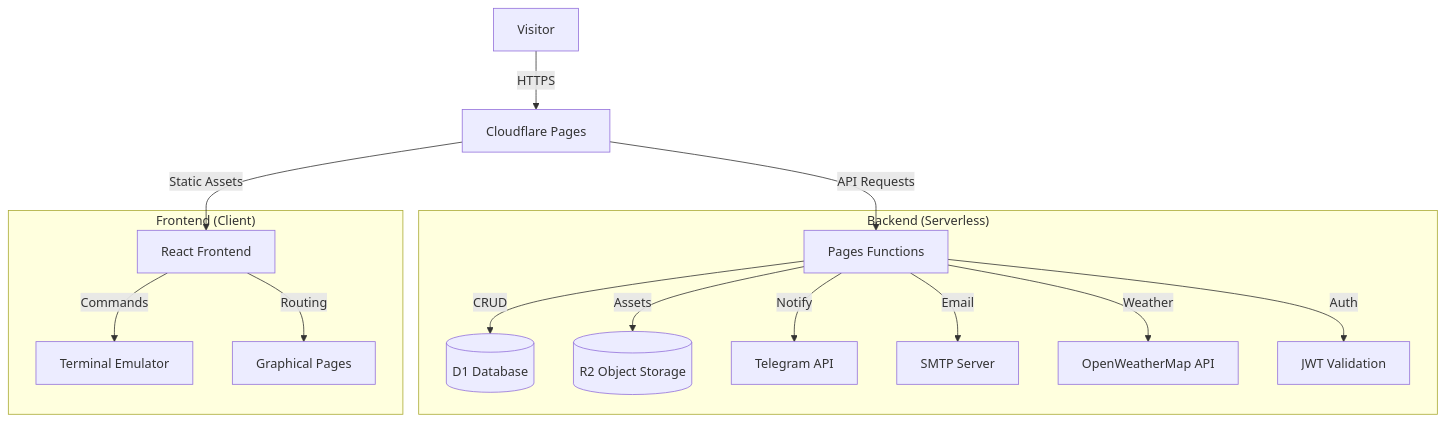
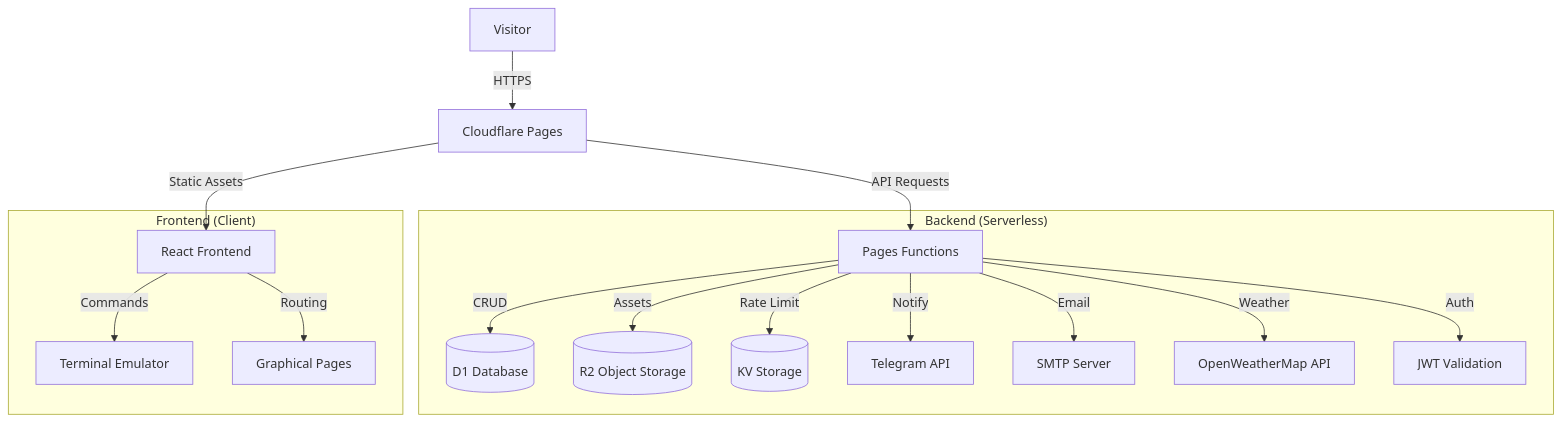
One commit to rplog/bweb changed the first of 3 diagrams in docs/architecture.md. Above: the diagram before and after it, drawn with Mermaid. The commit also changed other lines of this file and 1 other file, not shown here.

Commit message:
docs: update README and Architecture with recent features

````diff
--- a/docs/architecture.md
+++ b/docs/architecture.md
@@ -9,20 +9,21 @@
 ```mermaid
 graph TD
     User[Visitor] -->|HTTPS| CF[Cloudflare Pages]
     CF -->|Static Assets| Frontend[React Frontend]
     CF -->|API Requests| Functions[Pages Functions]
     
     subgraph "Backend (Serverless)"
         Functions -->|CRUD| D1[(D1 Database)]
         Functions -->|Assets| R2[(R2 Object Storage)]
+        Functions -->|Rate Limit| KV[(KV Storage)]
         Functions -->|Notify| Telegram[Telegram API]
         Functions -->|Email| SMTP[SMTP Server]
         Functions -->|Weather| OpenWeather[OpenWeatherMap API]
         Functions -->|Auth| JWT[JWT Validation]
     end
     
     subgraph "Frontend (Client)"
         Frontend -->|Commands| Terminal[Terminal Emulator]
         Frontend -->|Routing| Pages[Graphical Pages]
     end
 ```
````
